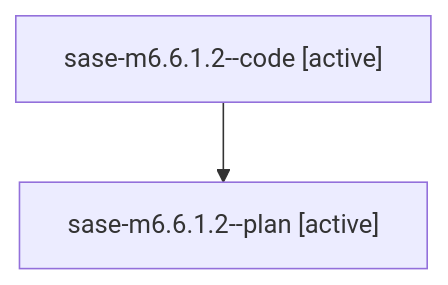
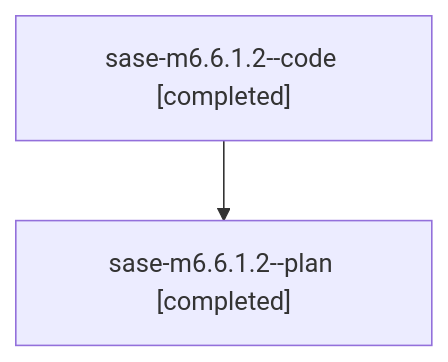
One commit to sase-org/sase--agents changed the diagram in families/bbugyi200.athena.sase-m6.6.1.2.md. Above: the diagram before and after it, drawn with Mermaid. The commit also changed other lines of this file and 46 other files, not shown here.

````diff
--- a/families/bbugyi200.athena.sase-m6.6.1.2.md
+++ b/families/bbugyi200.athena.sase-m6.6.1.2.md
@@ -9,6 +9,6 @@
 ```mermaid
 flowchart TD
-  n0["sase-m6.6.1.2--code [active]"]
-  n1["sase-m6.6.1.2--plan [active]"]
+  n0["sase-m6.6.1.2--code [completed]"]
+  n1["sase-m6.6.1.2--plan [completed]"]
   n0 --> n1
 ```
````
